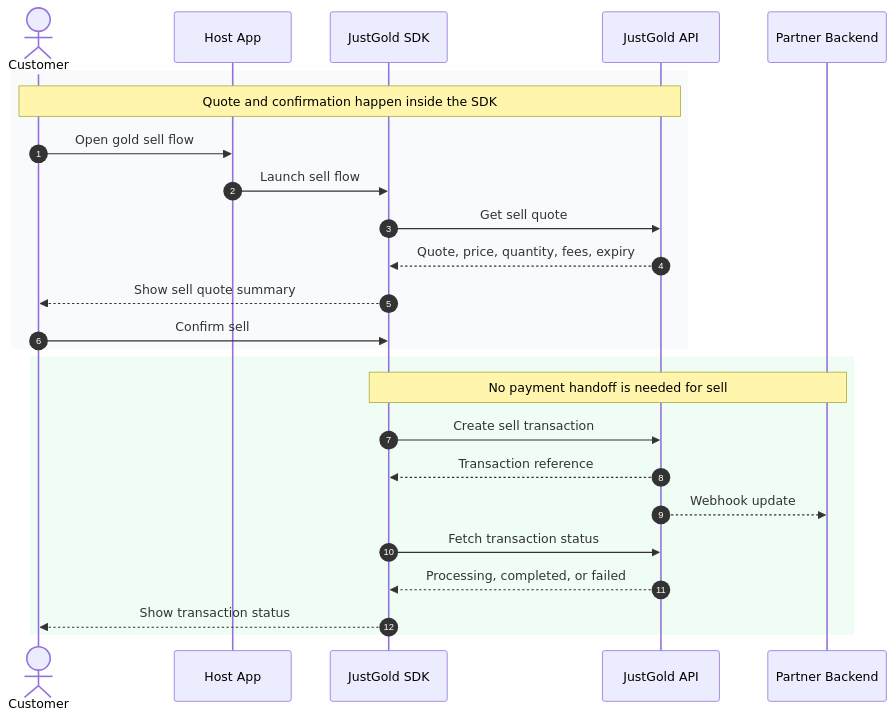
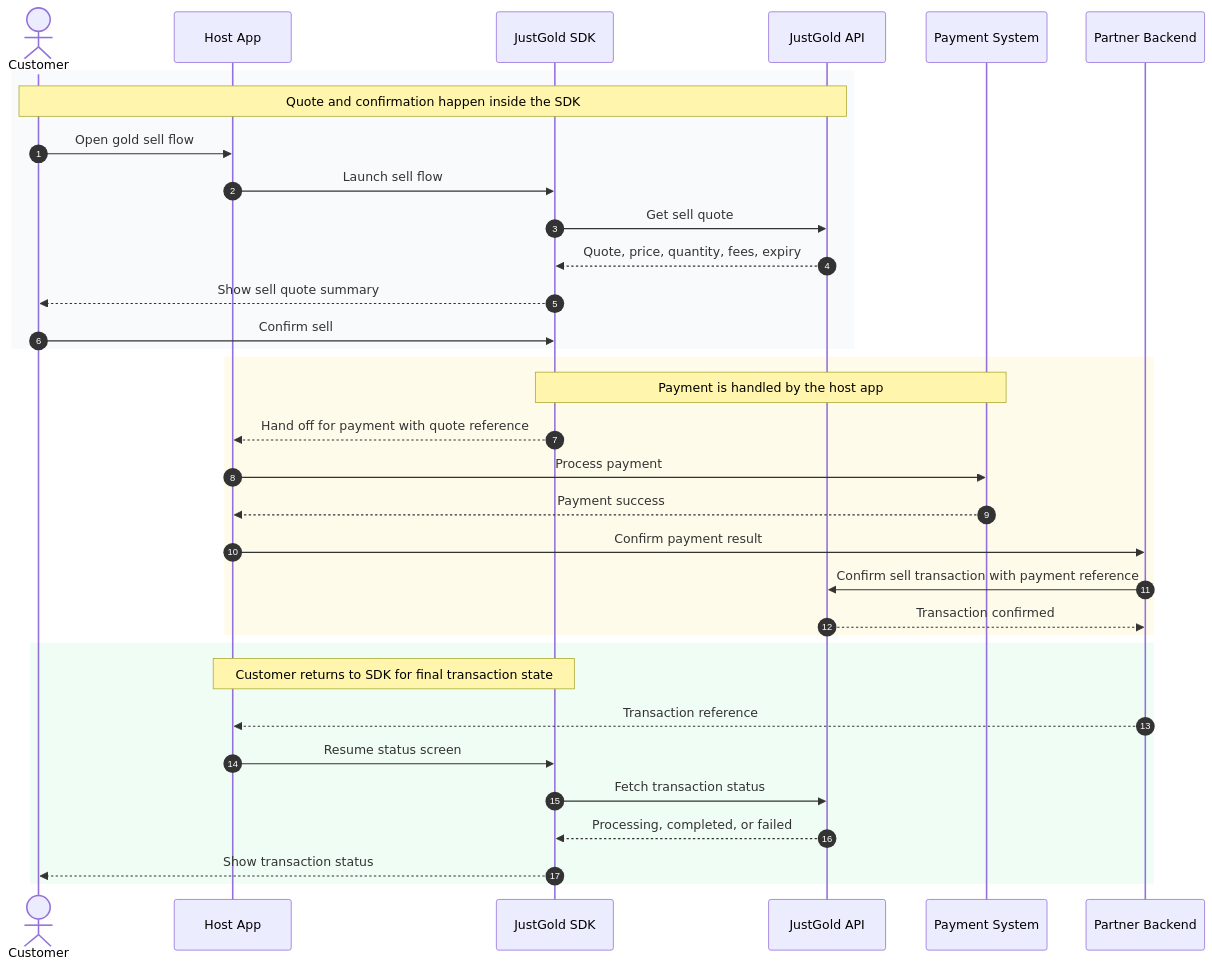
One commit to Just-Gold-JG/docs changed the third of 4 diagrams in sdk/overview.md. Above: the diagram before and after it, drawn with Mermaid.

Commit message:
Sell docs updated

````diff
--- a/sdk/overview.md
+++ b/sdk/overview.md
@@ -96,29 +96,39 @@
 ```mermaid
 sequenceDiagram
     autonumber
     actor Customer
     participant Host as Host App
     participant SDK as JustGold SDK
     participant JG as JustGold API
+    participant Pay as Payment System
     participant Backend as Partner Backend
 
     rect rgb(248, 250, 252)
         Note over Customer,JG: Quote and confirmation happen inside the SDK
         Customer->>Host: Open gold sell flow
         Host->>SDK: Launch sell flow
         SDK->>JG: Get sell quote
         JG-->>SDK: Quote, price, quantity, fees, expiry
         SDK-->>Customer: Show sell quote summary
         Customer->>SDK: Confirm sell
     end
 
+    rect rgb(255, 251, 235)
+        Note over SDK,Pay: Payment is handled by the host app
+        SDK-->>Host: Hand off for payment with quote reference
+        Host->>Pay: Process payment
+        Pay-->>Host: Payment success
+        Host->>Backend: Confirm payment result
+        Backend->>JG: Confirm sell transaction with payment reference
+        JG-->>Backend: Transaction confirmed
+    end
+
     rect rgb(240, 253, 244)
-        Note over SDK,Backend: No payment handoff is needed for sell
-        SDK->>JG: Create sell transaction
-        JG-->>SDK: Transaction reference
-        JG-->>Backend: Webhook update
+        Note over Host,SDK: Customer returns to SDK for final transaction state
+        Backend-->>Host: Transaction reference
+        Host->>SDK: Resume status screen
         SDK->>JG: Fetch transaction status
         JG-->>SDK: Processing, completed, or failed
         SDK-->>Customer: Show transaction status
     end
 ```
````
